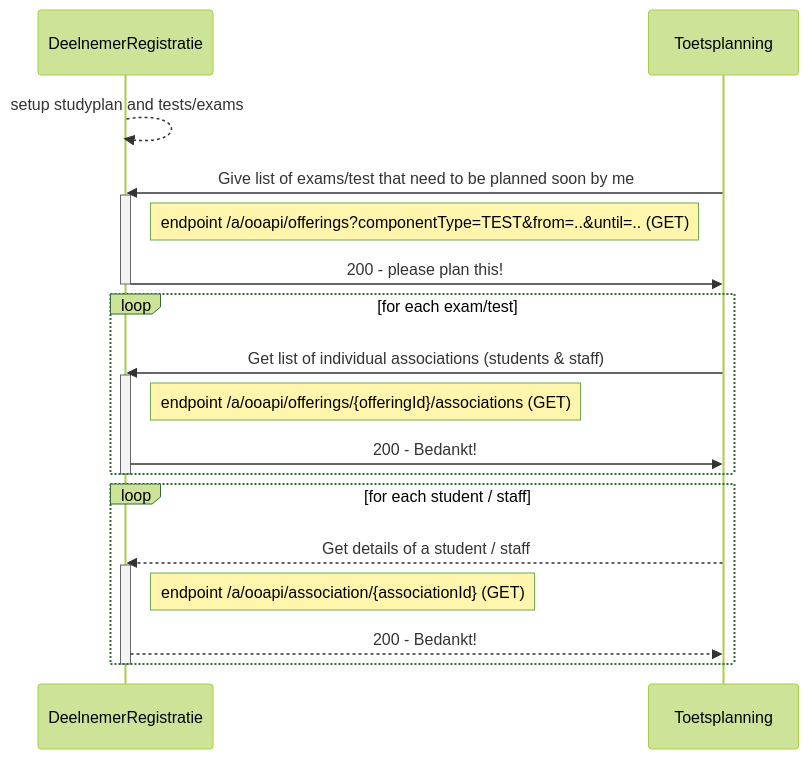
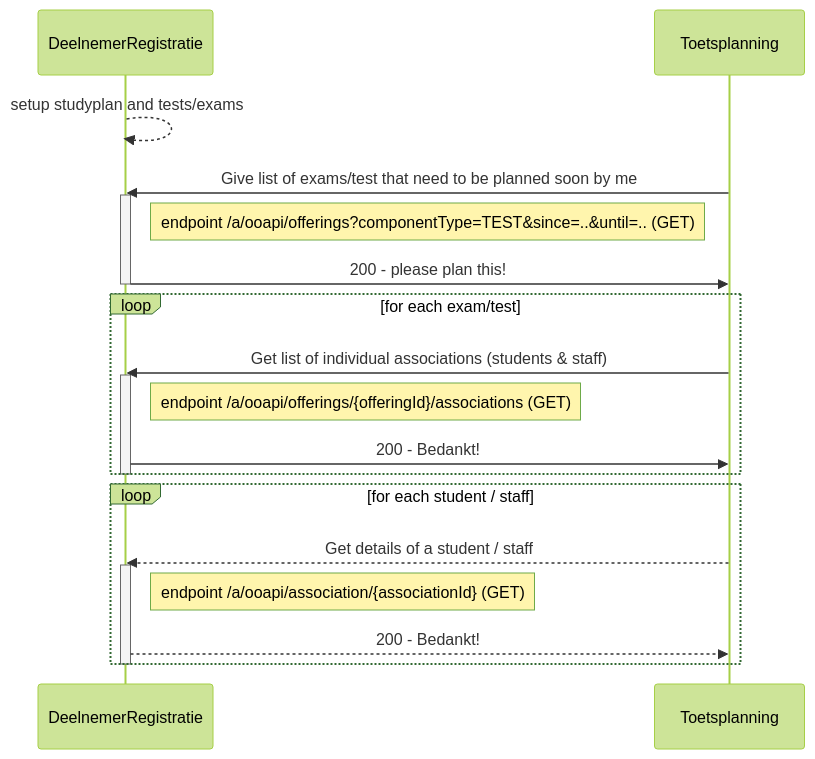
One commit to NetwerkExamineringDigitalisering/NED-OOAPI changed the first of 7 diagrams in doc/flow1.md. Above: the diagram before and after it, drawn with Mermaid (forest theme). The commit also changed other lines of this file and 10 other files, not shown here.

Commit message:
fixes to allow for offerings endpoint

````diff
--- a/doc/flow1.md
+++ b/doc/flow1.md
@@ -66,28 +66,28 @@
 ```mermaid
 sequenceDiagram
     participant DeelnemerRegistratie
     participant Toetsplanning
     DeelnemerRegistratie-->>DeelnemerRegistratie: setup studyplan and tests/exams
     Toetsplanning->>DeelnemerRegistratie : Give list of exams/test that need to be planned soon by me
     activate DeelnemerRegistratie
-    Note right of DeelnemerRegistratie: endpoint /a/ooapi/offerings?componentType=TEST&from=..&until=.. (GET)
+    Note right of DeelnemerRegistratie: endpoint /a/ooapi/offerings?componentType=TEST&since=..&until=.. (GET)
     DeelnemerRegistratie->>Toetsplanning : 200 - please plan this!
     deactivate DeelnemerRegistratie
 
     loop for each exam/test
         Toetsplanning->>DeelnemerRegistratie: Get list of individual associations (students & staff)
         activate DeelnemerRegistratie
         Note right of DeelnemerRegistratie: endpoint /a/ooapi/offerings/{offeringId}/associations (GET)
         DeelnemerRegistratie->>Toetsplanning: 200 - Bedankt!
     end
     deactivate DeelnemerRegistratie
 
     loop for each student / staff
         Toetsplanning-->>DeelnemerRegistratie: Get details of a student / staff
         activate DeelnemerRegistratie
         Note right of DeelnemerRegistratie: endpoint /a/ooapi/association/{associationId} (GET)
         DeelnemerRegistratie-->>Toetsplanning: 200 - Bedankt!
     end
     deactivate DeelnemerRegistratie
 
 ```
````
